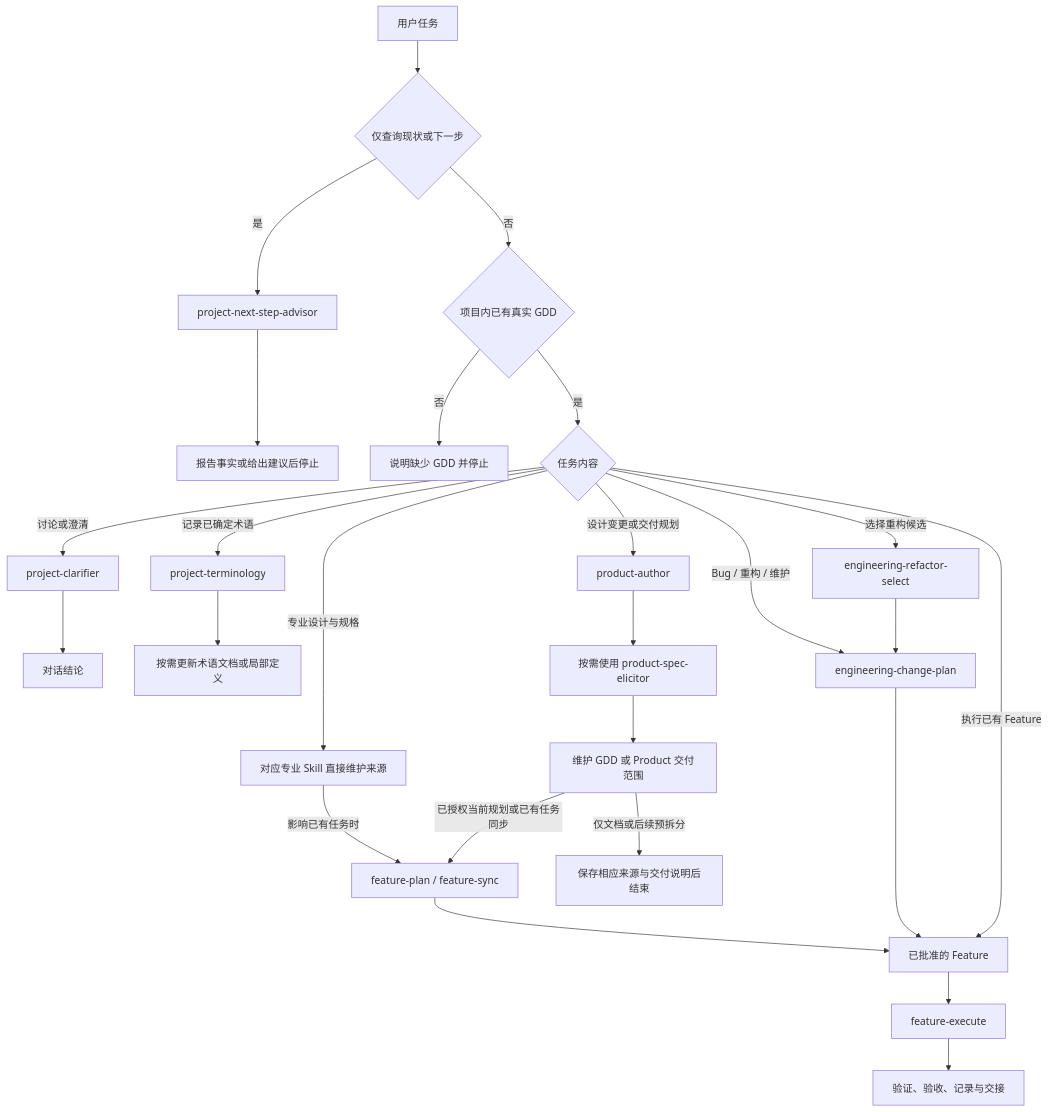
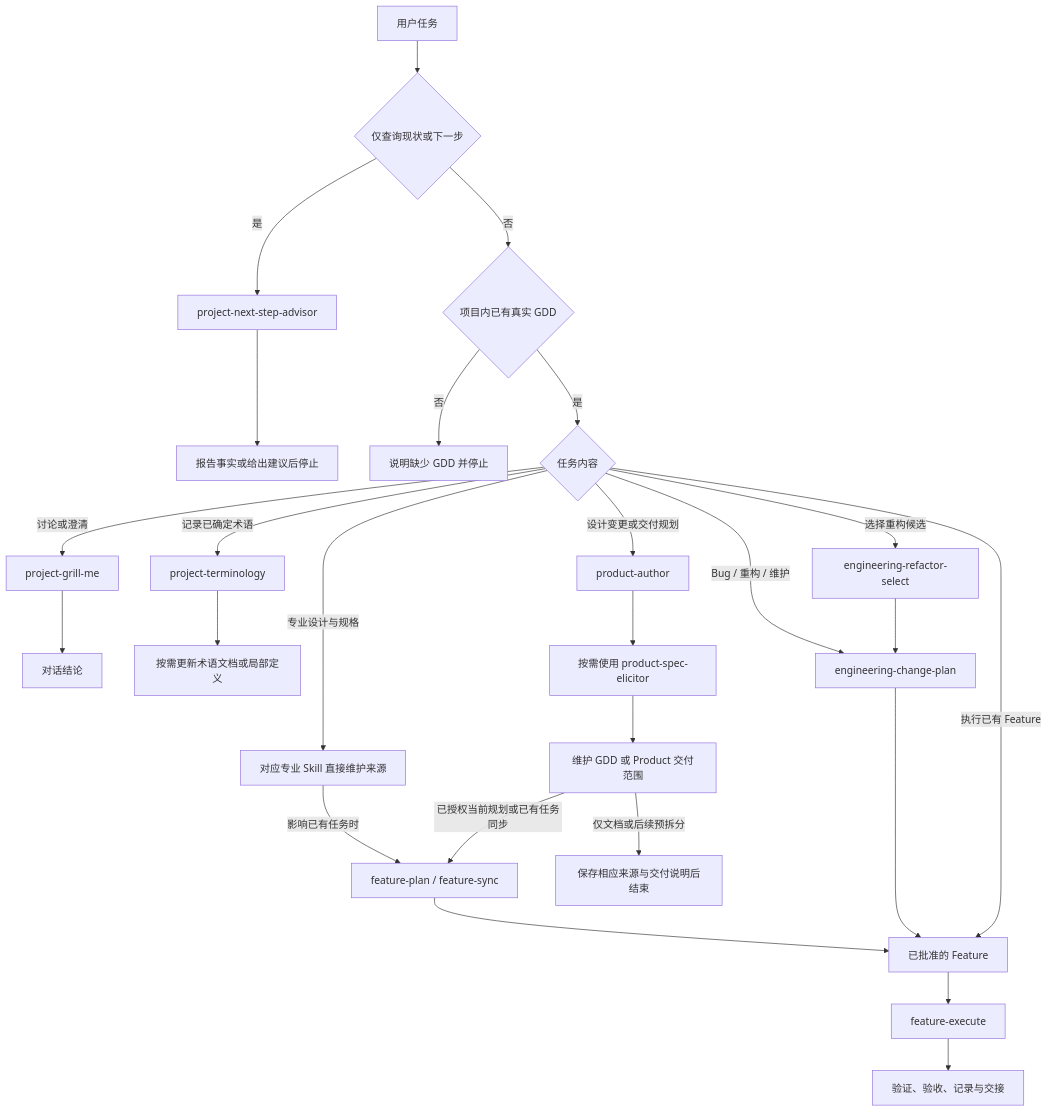
One commit to yxy823/Game_idle_yaya_frame changed the first of 2 diagrams in project-source/Project_README.md. Above: the diagram before and after it, drawn with Mermaid. The commit also changed other lines of this file and 16 other files, not shown here.

First line of the commit message:
refactor(skills): 将项目澄清入口改名为 project-grill-me

````diff
--- a/project-source/Project_README.md
+++ b/project-source/Project_README.md
@@ -93,28 +93,28 @@
 ```mermaid
 flowchart TD
     U[用户任务] --> SQ{仅查询现状或下一步}
     SQ -->|是| A[project-next-step-advisor]
     A --> H[报告事实或给出建议后停止]
     SQ -->|否| G{项目内已有真实 GDD}
     G -->|否| Z[说明缺少 GDD 并停止]
     G -->|是| Q{任务内容}
-    Q -->|讨论或澄清| C[project-clarifier]
+    Q -->|讨论或澄清| C[project-grill-me]
     C --> O[对话结论]
     Q -->|记录已确定术语| T[project-terminology]
     T --> K[按需更新术语文档或局部定义]
     Q -->|设计变更或交付规划| P[product-author]
     P --> I[按需使用 product-spec-elicitor]
     I --> D[维护 GDD 或 Product 交付范围]
     Q -->|专业设计与规格| V[对应专业 Skill 直接维护来源]
     V -->|影响已有任务时| L
     D -->|已授权当前规划或已有任务同步| L[feature-plan / feature-sync]
     D -->|仅文档或后续预拆分| B[保存相应来源与交付说明后结束]
     Q -->|Bug / 重构 / 维护| E[engineering-change-plan]
     Q -->|选择重构候选| S[engineering-refactor-select]
     S --> E
     L --> F[已批准的 Feature]
     E --> F
     Q -->|执行已有 Feature| F
     F --> X[feature-execute]
     X --> R[验证、验收、记录与交接]
 ```
````
